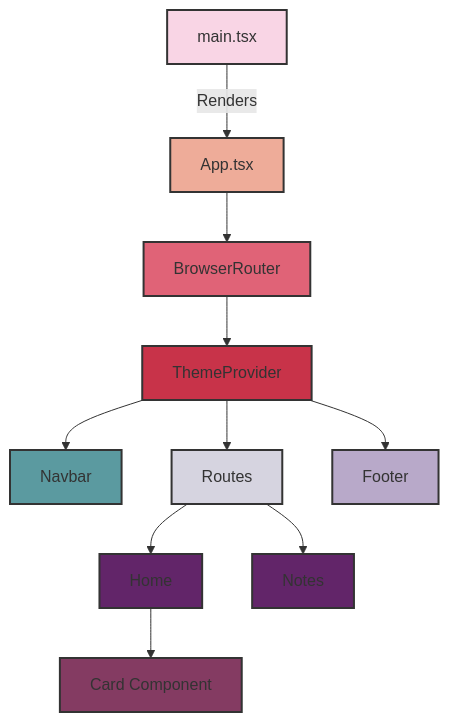
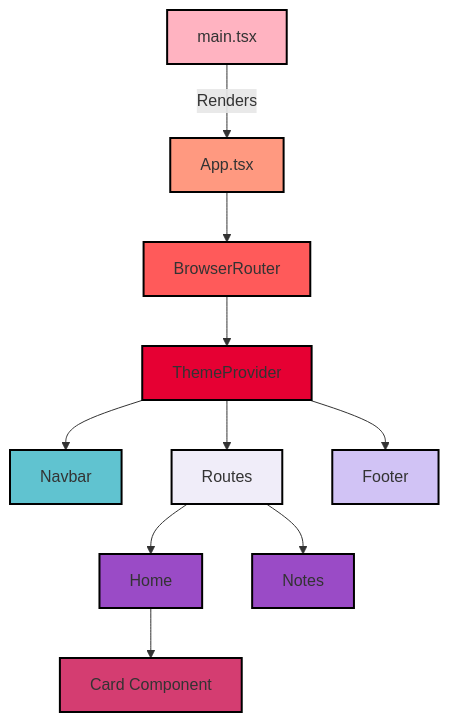
One commit to dearborn-coding-club/website-base-frontend changed the diagram in docs/STRUCTURE.md. Above: the diagram before and after it, drawn with Mermaid.

Commit message:
made the colors more easily seen

````diff
--- a/docs/STRUCTURE.md
+++ b/docs/STRUCTURE.md
@@ -5,22 +5,22 @@
 ```mermaid
 graph TD
     A[main.tsx] -->|Renders| B[App.tsx]
     B --> C[BrowserRouter]
     C --> D[ThemeProvider]
     D --> E[Navbar]
     D --> F[Routes]
     D --> G[Footer]
     F --> H[Home]
     F --> I[Notes]
     H --> J[Card Component]
-    style A fill:#f9d5e5,stroke:#333,stroke-width:2px
-    style B fill:#eeac99,stroke:#333,stroke-width:2px
-    style C fill:#e06377,stroke:#333,stroke-width:2px
-    style D fill:#c83349,stroke:#333,stroke-width:2px
-    style E fill:#5b9aa0,stroke:#333,stroke-width:2px
-    style F fill:#d6d4e0,stroke:#333,stroke-width:2px
-    style G fill:#b8a9c9,stroke:#333,stroke-width:2px
-    style H fill:#622569,stroke:#333,stroke-width:2px
-    style I fill:#622569,stroke:#333,stroke-width:2px
-    style J fill:#843b62,stroke:#333,stroke-width:2px
+style A fill:#ffb3c1,stroke:#000,stroke-width:2px
+style B fill:#ff9980,stroke:#000,stroke-width:2px
+style C fill:#ff5a5a,stroke:#000,stroke-width:2px
+style D fill:#e60033,stroke:#000,stroke-width:2px
+style E fill:#60c3d0,stroke:#000,stroke-width:2px
+style F fill:#f0edf9,stroke:#000,stroke-width:2px
+style G fill:#d1c3f5,stroke:#000,stroke-width:2px
+style H fill:#9a4bc6,stroke:#000,stroke-width:2px  
+style I fill:#9a4bc6,stroke:#000,stroke-width:2px  
+style J fill:#d43d71,stroke:#000,stroke-width:2px  
 ```
````
